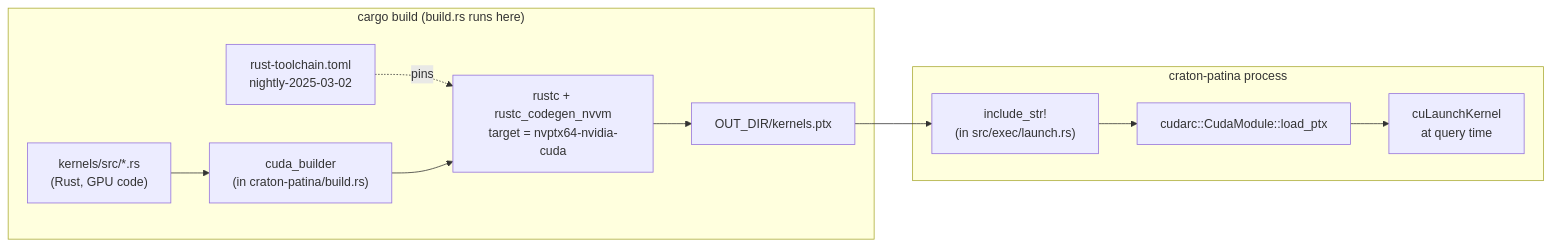
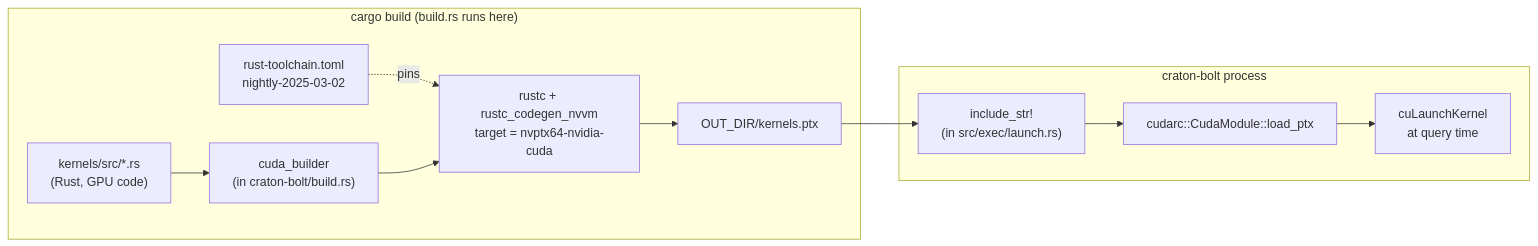
Before and after one commit to craton-co/craton-bolt: the diagram in docs/rust_cuda/04_build_integration.md, drawn with Mermaid. The commit also changed other lines of this file and 135 other files, not shown here.

````diff
--- a/docs/rust_cuda/04_build_integration.md
+++ b/docs/rust_cuda/04_build_integration.md
@@ -245,32 +245,32 @@
 ```mermaid
 flowchart LR
     A["kernels/src/*.rs<br/>(Rust, GPU code)"]
     B["rust-toolchain.toml<br/>nightly-2025-03-02"]
-    C["cuda_builder<br/>(in craton-patina/build.rs)"]
+    C["cuda_builder<br/>(in craton-bolt/build.rs)"]
     D["rustc + rustc_codegen_nvvm<br/>target = nvptx64-nvidia-cuda"]
     E["OUT_DIR/kernels.ptx"]
     F["include_str!<br/>(in src/exec/launch.rs)"]
     G["cudarc::CudaModule::load_ptx"]
     H["cuLaunchKernel<br/>at query time"]
 
     A --> C
     B -.pins.-> D
     C --> D
     D --> E
     E --> F
     F --> G
     G --> H
 
     subgraph buildtime["cargo build (build.rs runs here)"]
         A
         B
         C
         D
         E
     end
-    subgraph runtime["craton-patina process"]
+    subgraph runtime["craton-bolt process"]
         F
         G
         H
     end
 ```
````
